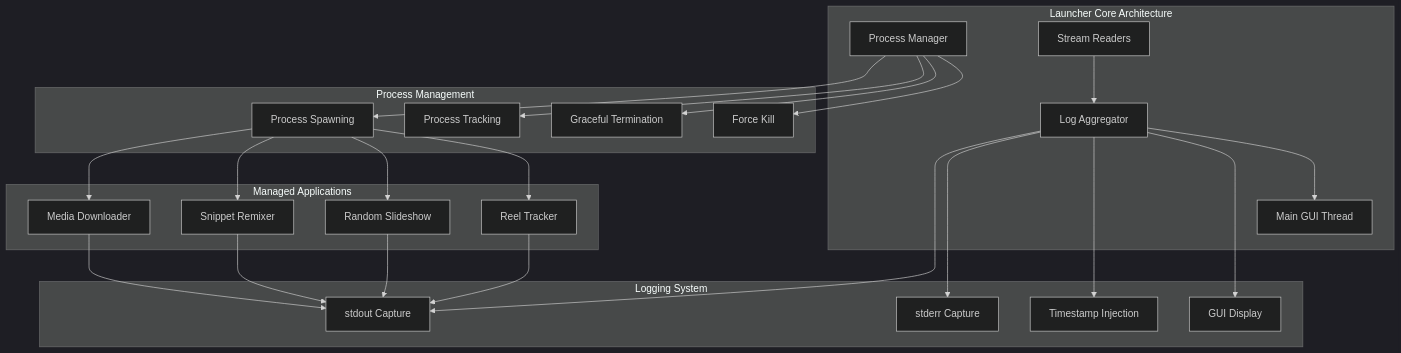
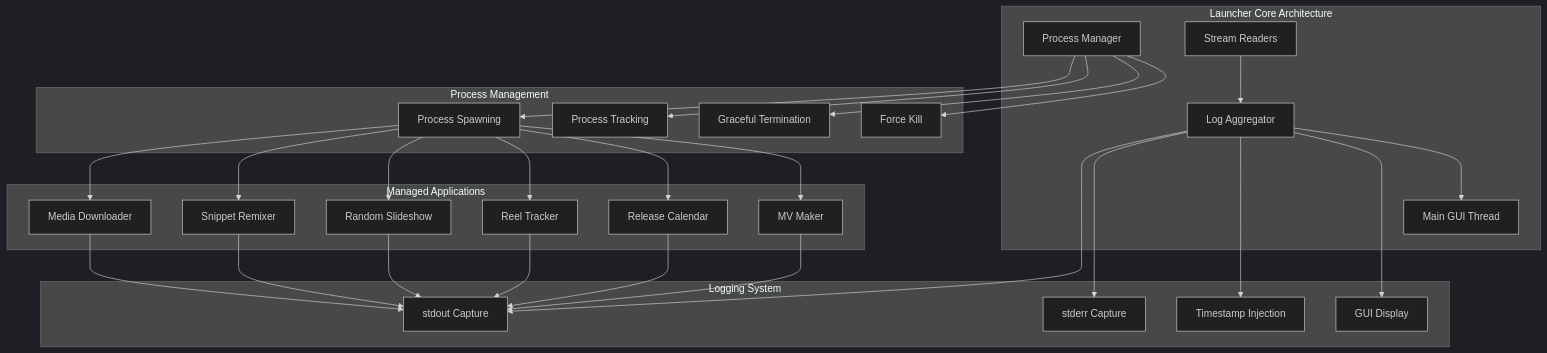
One commit to blakedemarest/BEDROT-Media-Suite changed diagram 12 of 23 in docs/architecture/bedrot-media-suite-summary.md. Above: the diagram before and after it, drawn with Mermaid (dark theme). The commit also changed other lines of this file and 3 other files, not shown here.

````diff
--- a/docs/architecture/bedrot-media-suite-summary.md
+++ b/docs/architecture/bedrot-media-suite-summary.md
@@ -884,43 +1058,49 @@
 ```mermaid
 graph TB
     subgraph "Launcher Core Architecture"
         MAIN[Main GUI Thread]
         PROC_MGR[Process Manager]
         LOG_AGG[Log Aggregator]
         STREAM[Stream Readers]
     end
     
     subgraph "Process Management"
         PROC_MGR --> SPAWN[Process Spawning]
         PROC_MGR --> TRACK[Process Tracking]
         PROC_MGR --> TERM[Graceful Termination]
         PROC_MGR --> KILL[Force Kill]
     end
     
     subgraph "Logging System"
         LOG_AGG --> STDOUT[stdout Capture]
         LOG_AGG --> STDERR[stderr Capture]
         LOG_AGG --> TIMESTAMP[Timestamp Injection]
         LOG_AGG --> DISPLAY[GUI Display]
     end
     
     subgraph "Managed Applications"
         APP1[Media Downloader]
         APP2[Snippet Remixer]
         APP3[Random Slideshow]
         APP4[Reel Tracker]
+        APP5[Release Calendar]
+        APP6[MV Maker]
     end
     
     SPAWN --> APP1
     SPAWN --> APP2
     SPAWN --> APP3
     SPAWN --> APP4
+    SPAWN --> APP5
+    SPAWN --> APP6
     
     APP1 --> STDOUT
     APP2 --> STDOUT
     APP3 --> STDOUT
     APP4 --> STDOUT
+    APP5 --> STDOUT
+    APP6 --> STDOUT
     
     STREAM --> LOG_AGG
     LOG_AGG --> MAIN
 ```
````
